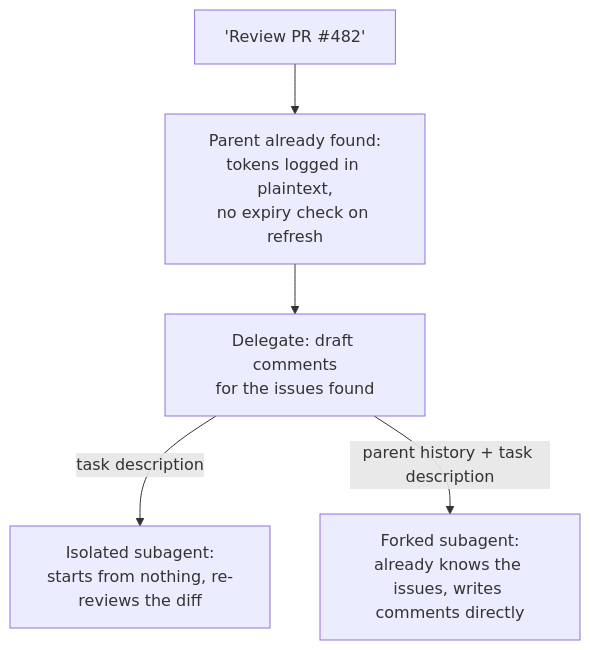
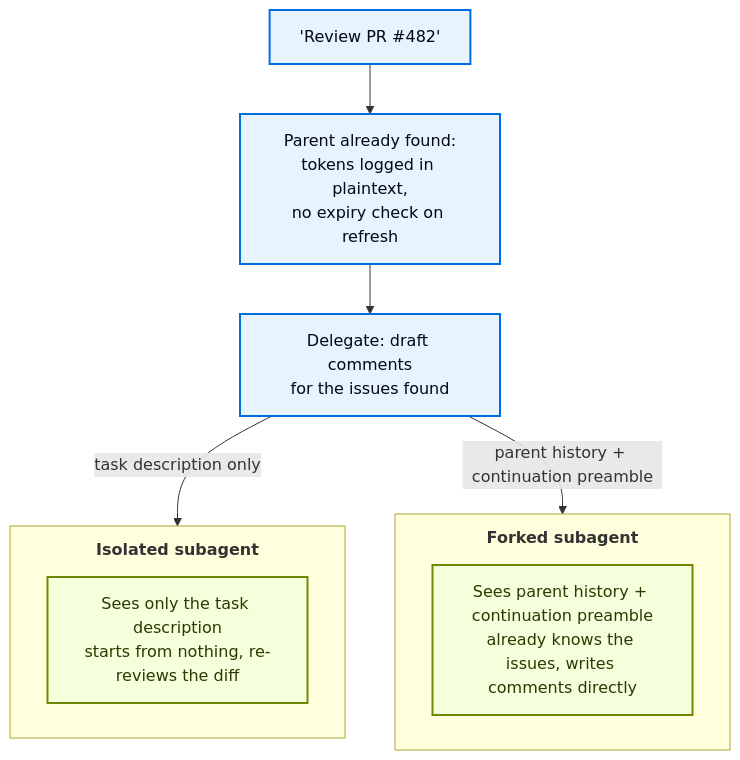
The second of 2 diagrams in src/oss/deepagents/subagents.mdx (langchain-ai/docs), drawn with Mermaid before and after one commit. The commit also changed other lines of this file and 4 other files, not shown here.

````diff
--- a/src/oss/deepagents/subagents.mdx
+++ b/src/oss/deepagents/subagents.mdx
@@ -208,10 +208,24 @@
 ```mermaid
+%%{init: {"flowchart": {"subGraphTitleMargin": {"top": 12, "bottom": 4}}}}%%
 graph TD
     Message["'Review PR #482'"]
     Analysis["Parent already found:<br/>tokens logged in plaintext,<br/>no expiry check on refresh"]
     Delegate["Delegate: draft comments<br/>for the issues found"]
     Message --> Analysis --> Delegate
 
-    Delegate -->|task description| Isolated["Isolated subagent:<br/>starts from nothing, re-reviews the diff"]
-    Delegate -->|parent history + task description| Fork["Forked subagent:<br/>already knows the issues, writes comments directly"]
+    subgraph Isolated["`**Isolated subagent**`"]
+        IOut["Sees only the task description<br/>starts from nothing, re-reviews the diff"]
+    end
+
+    subgraph Forked["`**Forked subagent**`"]
+        FOut["Sees parent history + continuation preamble<br/>already knows the issues, writes comments directly"]
+    end
+
+    Delegate -->|task description only| Isolated
+    Delegate -->|parent history + continuation preamble| Forked
+
+    classDef process fill:#E5F4FF,stroke:#006DDD,stroke-width:2px,color:#030710
+    classDef output fill:#F6FFDB,stroke:#6E8900,stroke-width:2px,color:#2E3900
+    class Message,Analysis,Delegate process
+    class IOut,FOut output
 ```
````
